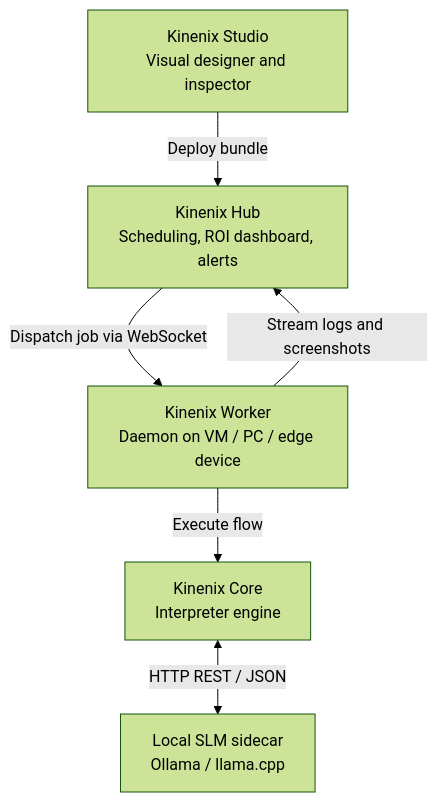
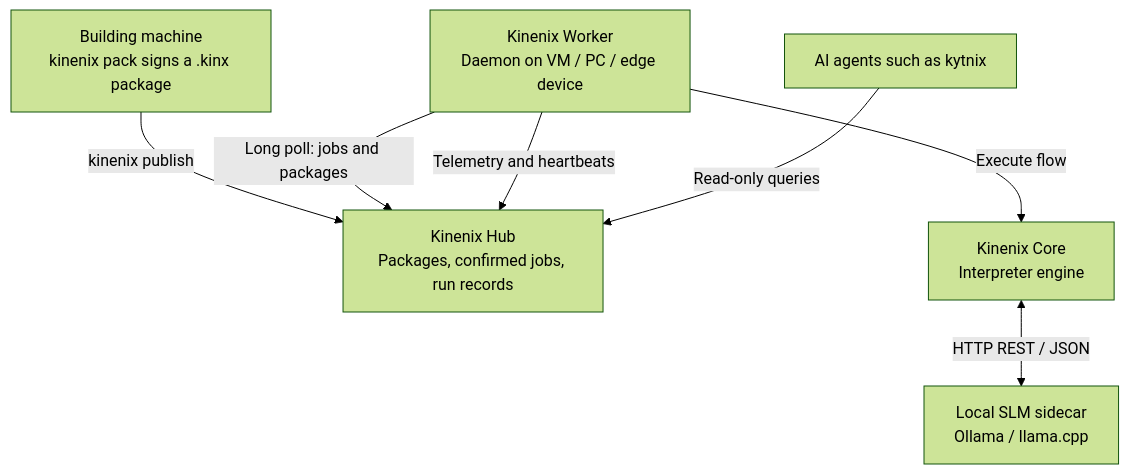
The second of 3 diagrams in docs/architecture.md (kinenix/kinenix), drawn with Mermaid (forest theme) before and after one commit. The commit also changed other lines of this file and 13 other files, not shown here.

````diff
--- a/docs/architecture.md
+++ b/docs/architecture.md
@@ -44,8 +43,9 @@
 ```mermaid
 graph TD
-    Studio["Kinenix Studio<br>Visual designer and inspector"] -->|Deploy bundle| Hub["Kinenix Hub<br>Scheduling, ROI dashboard, alerts"]
-    Hub -->|Dispatch job via WebSocket| Worker["Kinenix Worker<br>Daemon on VM / PC / edge device"]
+    Build["Building machine<br>kinenix pack signs a .kinx package"] -->|kinenix publish| Hub["Kinenix Hub<br>Packages, confirmed jobs, run records"]
+    Worker["Kinenix Worker<br>Daemon on VM / PC / edge device"] -->|Long poll: jobs and packages| Hub
     Worker -->|Execute flow| Core["Kinenix Core<br>Interpreter engine"]
     Core <-->|HTTP REST / JSON| AI["Local SLM sidecar<br>Ollama / llama.cpp"]
-    Worker -->|Stream logs and screenshots| Hub
+    Worker -->|Telemetry and heartbeats| Hub
+    Agent["AI agents such as kytnix"] -->|Read-only queries| Hub
 ```
````
